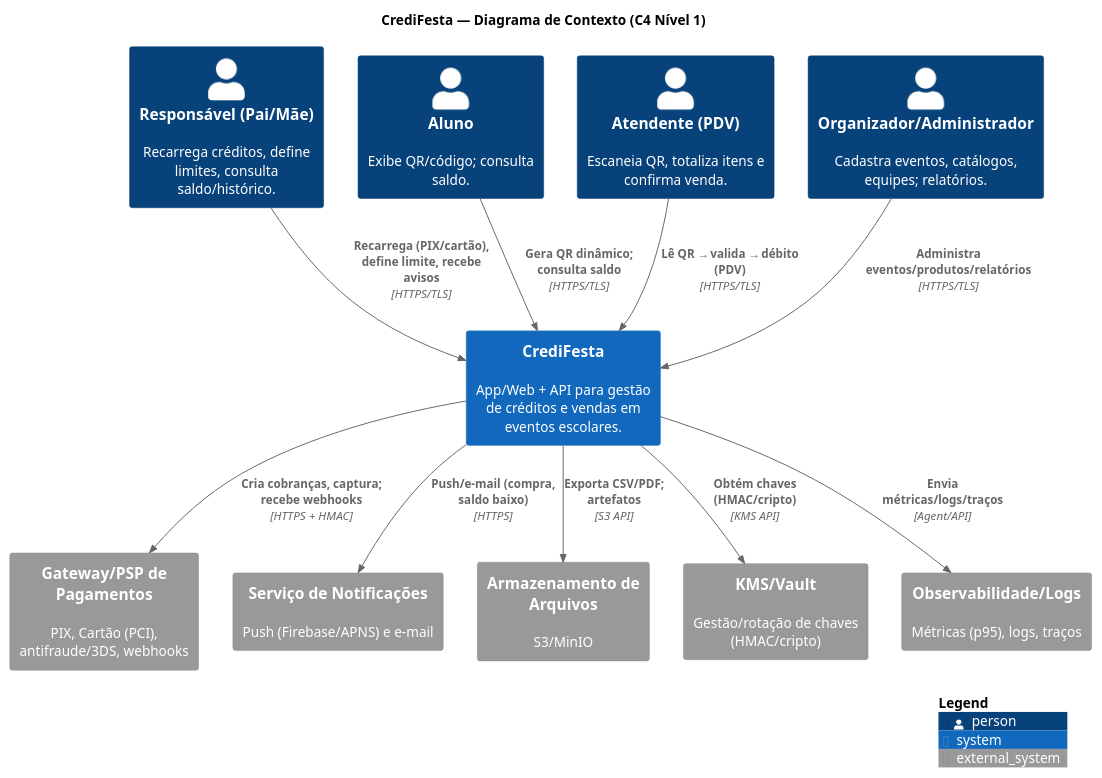
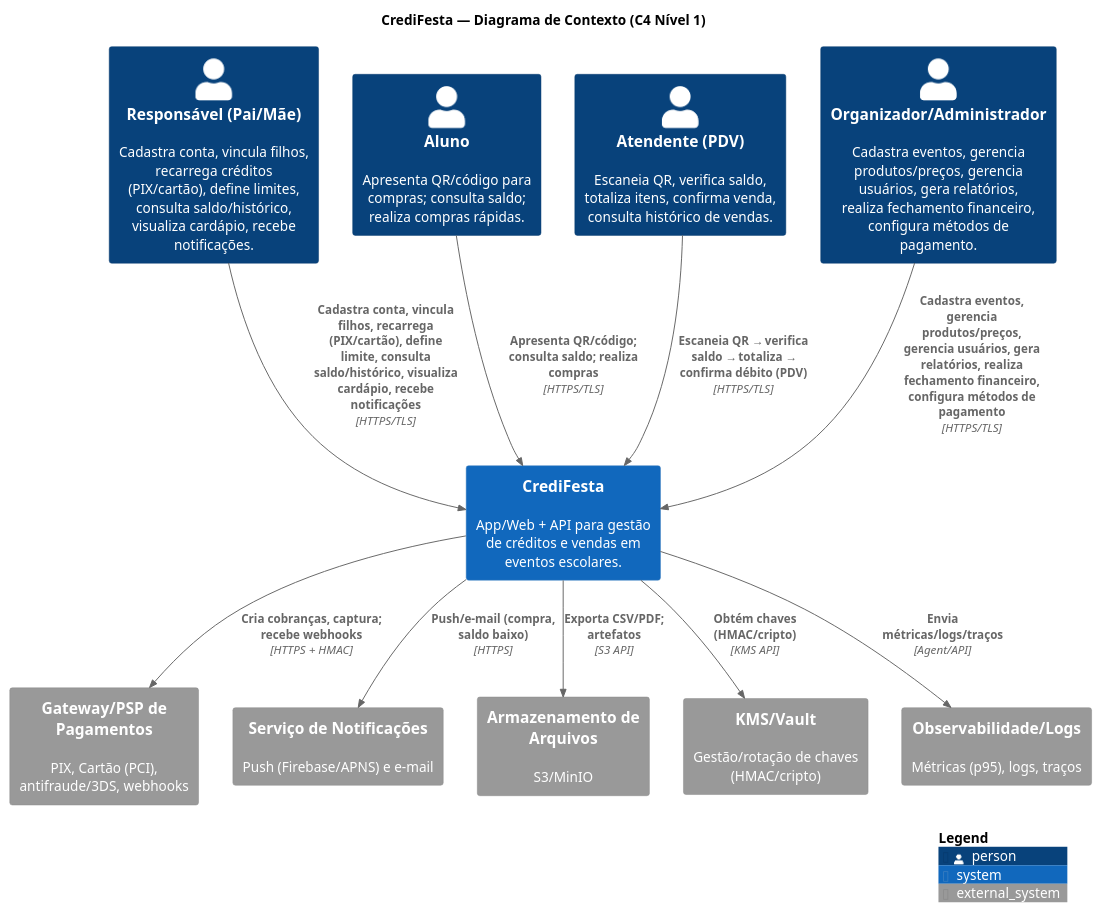
Before and after one commit to PedroAllien/crediFesta: the diagram in diagramas/diagrama-de-contexto/CrediFesta-contexto.puml, drawn with PlantUML. The commit also changed 5 other files, not shown here.

Commit message:
Adiciona diagramas de componentes para as áreas de Admin, Core e Notificações, além de atualizar o diagrama de contexto e o arquivo de histórias do usuário.

```diff
--- a/diagramas/diagrama-de-contexto/CrediFesta-contexto.puml
+++ b/diagramas/diagrama-de-contexto/CrediFesta-contexto.puml
@@ -1,32 +1,32 @@
 @startuml CrediFesta_Contexto
 !include https://raw.githubusercontent.com/plantuml-stdlib/C4-PlantUML/master/C4_Context.puml
 LAYOUT_WITH_LEGEND()
 
 title CrediFesta — Diagrama de Contexto (C4 Nível 1)
 
-Person(responsavel, "Responsável (Pai/Mãe)", "Recarrega créditos, define limites, consulta saldo/histórico.")
-Person(aluno, "Aluno", "Exibe QR/código; consulta saldo.")
-Person(atendente, "Atendente (PDV)", "Escaneia QR, totaliza itens e confirma venda.")
-Person(organizador, "Organizador/Administrador", "Cadastra eventos, catálogos, equipes; relatórios.")
+Person(responsavel, "Responsável (Pai/Mãe)", "Cadastra conta, vincula filhos, recarrega créditos (PIX/cartão), define limites, consulta saldo/histórico, visualiza cardápio, recebe notificações.")
+Person(aluno, "Aluno", "Apresenta QR/código para compras; consulta saldo; realiza compras rápidas.")
+Person(atendente, "Atendente (PDV)", "Escaneia QR, verifica saldo, totaliza itens, confirma venda, consulta histórico de vendas.")
+Person(organizador, "Organizador/Administrador", "Cadastra eventos, gerencia produtos/preços, gerencia usuários, gera relatórios, realiza fechamento financeiro, configura métodos de pagamento.")
 
 System(credifesta, "CrediFesta", "App/Web + API para gestão de créditos e vendas em eventos escolares.")
 
 System_Ext(psp, "Gateway/PSP de Pagamentos", "PIX, Cartão (PCI), antifraude/3DS, webhooks")
 System_Ext(notify, "Serviço de Notificações", "Push (Firebase/APNS) e e-mail")
 System_Ext(storage, "Armazenamento de Arquivos", "S3/MinIO")
 System_Ext(kms, "KMS/Vault", "Gestão/rotação de chaves (HMAC/cripto)")
 System_Ext(obs, "Observabilidade/Logs", "Métricas (p95), logs, traços")
 
-Rel(responsavel, credifesta, "Recarrega (PIX/cartão), define limite, recebe avisos", "HTTPS/TLS")
-Rel(aluno,       credifesta, "Gera QR dinâmico; consulta saldo", "HTTPS/TLS")
-Rel(atendente,   credifesta, "Lê QR → valida → débito (PDV)", "HTTPS/TLS")
-Rel(organizador, credifesta, "Administra eventos/produtos/relatórios", "HTTPS/TLS")
+Rel(responsavel, credifesta, "Cadastra conta, vincula filhos, recarrega (PIX/cartão), define limite, consulta saldo/histórico, visualiza cardápio, recebe notificações", "HTTPS/TLS")
+Rel(aluno,       credifesta, "Apresenta QR/código; consulta saldo; realiza compras", "HTTPS/TLS")
+Rel(atendente,   credifesta, "Escaneia QR → verifica saldo → totaliza → confirma débito (PDV)", "HTTPS/TLS")
+Rel(organizador, credifesta, "Cadastra eventos, gerencia produtos/preços, gerencia usuários, gera relatórios, realiza fechamento financeiro, configura métodos de pagamento", "HTTPS/TLS")
 
 Rel(credifesta, psp, "Cria cobranças, captura; recebe webhooks", "HTTPS + HMAC")
 Rel(credifesta, notify, "Push/e-mail (compra, saldo baixo)", "HTTPS")
 Rel(credifesta, storage, "Exporta CSV/PDF; artefatos", "S3 API")
 Rel(credifesta, kms, "Obtém chaves (HMAC/cripto)", "KMS API")
 Rel(credifesta, obs, "Envia métricas/logs/traços", "Agent/API")
 
 SHOW_LEGEND()
 @enduml
```
